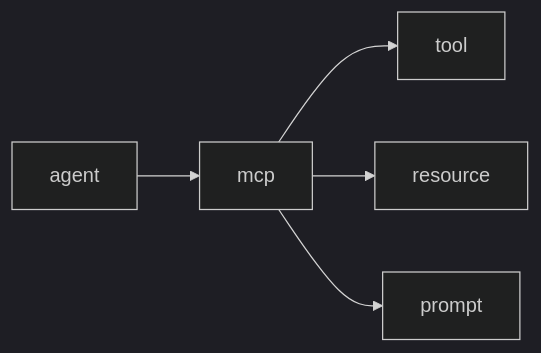
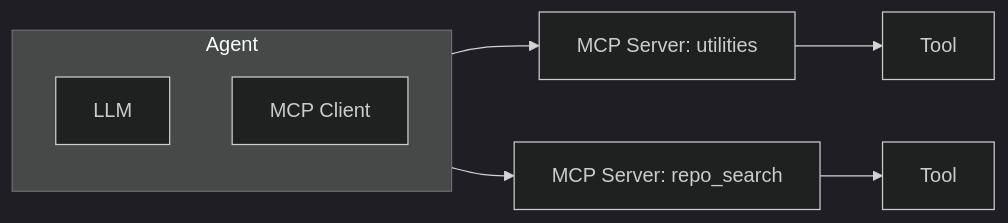
One commit to backplane-cloud/agentify-toolkit changed the first of 3 diagrams in docs/mcp/MCP.md. Above: the diagram before and after it, drawn with Mermaid (dark theme). The commit also changed other lines of this file, not shown here.

Commit message:
Added docs/MCP.md documentation

````diff
--- a/docs/mcp/MCP.md
+++ b/docs/mcp/MCP.md
@@ -40,8 +29,15 @@
 ```mermaid
-    flowchart LR
+flowchart LR
 
-    a[agent] --> b[mcp]
-    b[mcp] --> c[tool]
-    b[mcp] --> d[resource]
-    b[mcp] --> e[prompt]
+subgraph Agent
+    direction TB
+    LLM[LLM]
+    Client[MCP Client]
+end
+
+Client --> S1[MCP Server: utilities]
+Client --> S2[MCP Server: repo_search]
+
+S1 --> T1[Tool]
+S2 --> T2[Tool]
 ```
````
